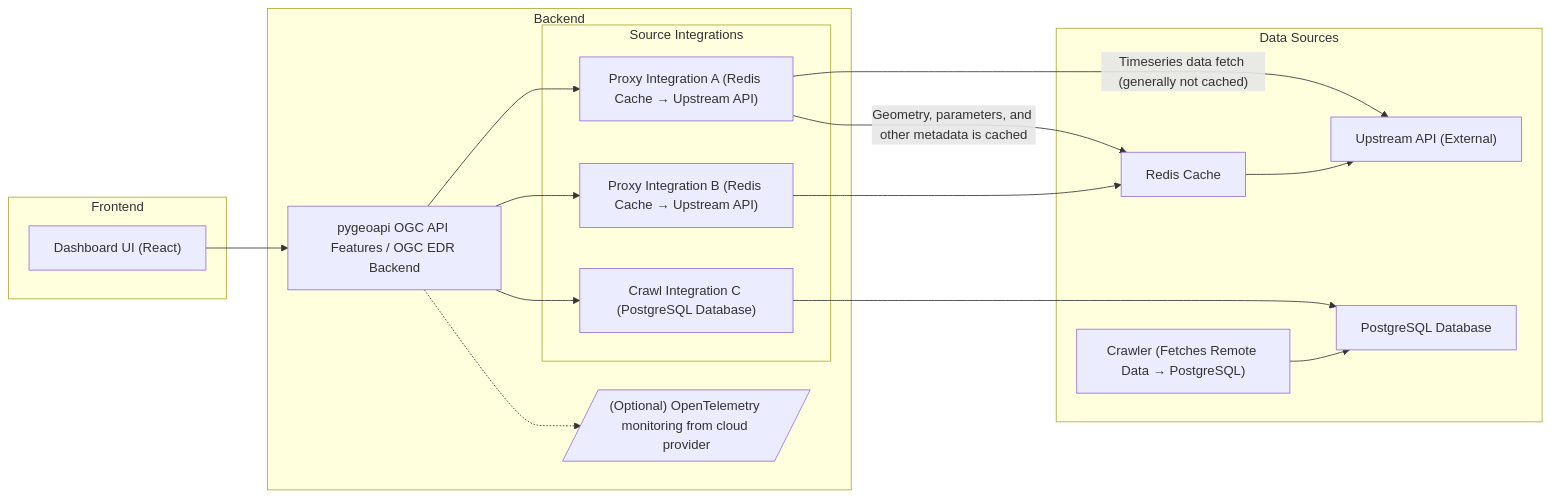
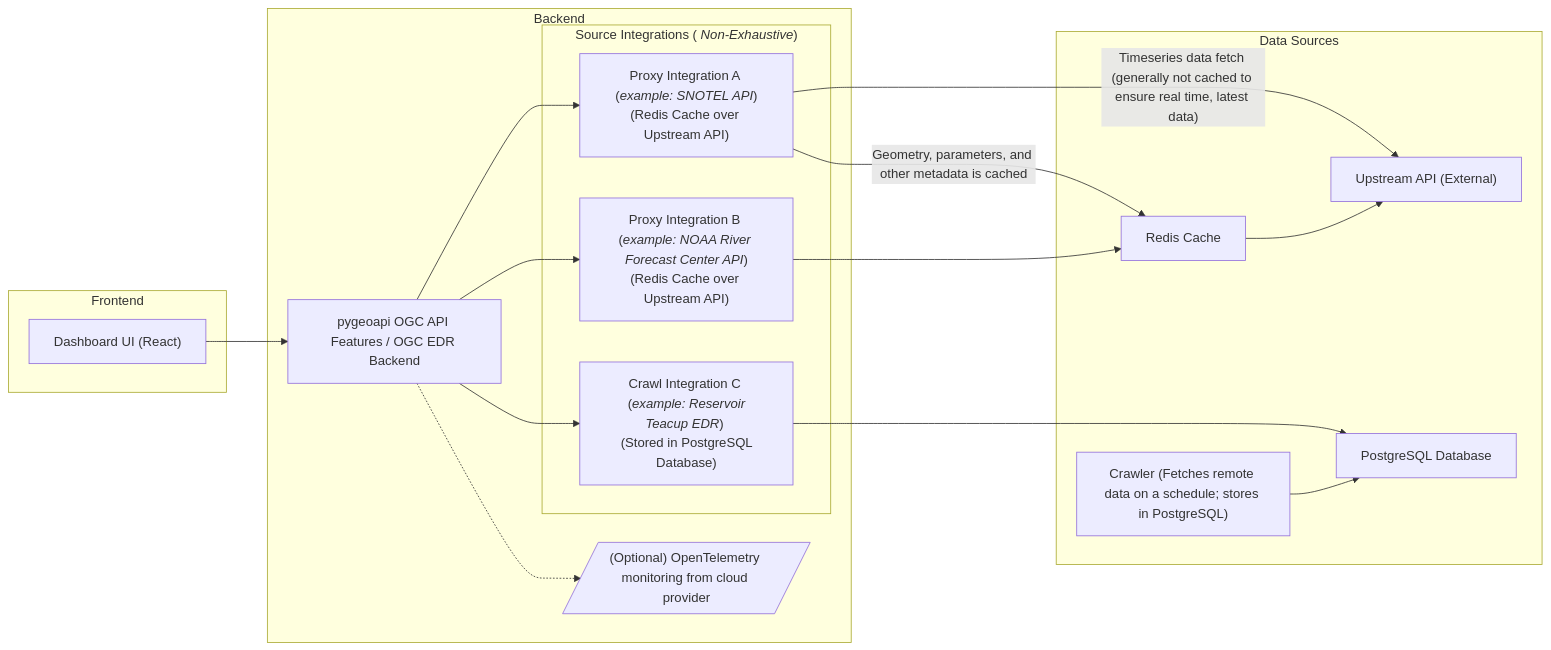
Before and after one commit to internetofwater/Western-Water-Datahub: the diagram in docs/cloud_deployment.md, drawn with Mermaid.

Commit message:
Enhance cloud deployment documentation with examples
Updated source integrations to include examples and improved descriptions for clarity.

````diff
--- a/docs/cloud_deployment.md
+++ b/docs/cloud_deployment.md
@@ -7,41 +7,41 @@
 ```mermaid
 flowchart LR
     subgraph Frontend
         DashboardUI["Dashboard UI (React)"]
     end
 
     subgraph Backend
         Pygeoapi["pygeoapi OGC API Features / OGC EDR Backend"]
 
-        subgraph "Source Integrations"
-            RedisSource1["Proxy Integration A (Redis Cache → Upstream API)"]
-            RedisSource2["Proxy Integration B (Redis Cache → Upstream API)"]
-            PostgresSource["Crawl Integration C (PostgreSQL Database)"]
+        subgraph "Source Integrations (<i> Non-Exhaustive</i>)"
+            RedisSource1["Proxy Integration A (<i>example: SNOTEL API</i>)<br/>(Redis Cache over Upstream API)"]
+            RedisSource2["Proxy Integration B (<i>example: NOAA River Forecast Center API</i>)<br/>(Redis Cache over Upstream API)"]
+            PostgresSource["Crawl Integration C </br> (<i>example: Reservoir Teacup EDR</i>) <br/> (Stored in PostgreSQL Database)"]
         end
 
         OpenTelemetry[/"(Optional) OpenTelemetry monitoring from cloud provider"/]
     end
 
     subgraph Data Sources
         Redis["Redis Cache"]
         UpstreamAPI["Upstream API (External)"]
         Postgres["PostgreSQL Database"]
-        Crawler["Crawler (Fetches Remote Data → PostgreSQL)"]
+        Crawler["Crawler (Fetches remote data on a schedule; stores in PostgreSQL)"]
     end
 
     DashboardUI --> Pygeoapi
 
     Pygeoapi --> RedisSource1
     Pygeoapi --> RedisSource2
     Pygeoapi --> PostgresSource
 
     RedisSource1 -- "Geometry, parameters, and other metadata is cached" --> Redis
-    RedisSource1 -- "Timeseries data fetch (generally not cached)" --> UpstreamAPI
+    RedisSource1 -- "Timeseries data fetch (generally not cached to ensure real time, latest data)" --> UpstreamAPI
     RedisSource2 --> Redis
     Redis --> UpstreamAPI
 
     PostgresSource --> Postgres
     Crawler --> Postgres
 
     Pygeoapi -.-> OpenTelemetry
 ```
````
